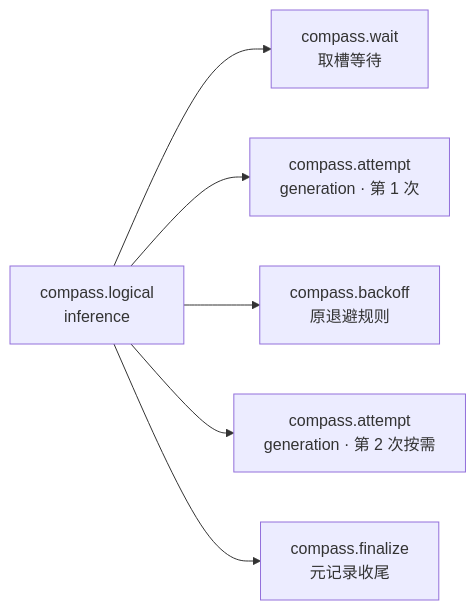
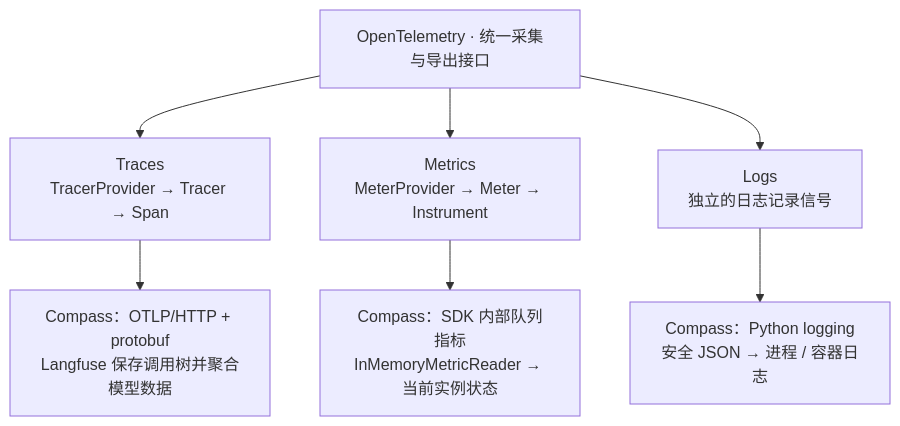
One commit to RuiLu007/compass changed the second of 5 diagrams in mai-specs/990-lesson-14-model-observability/design/document/guide.md. Above: the diagram before and after it, drawn with Mermaid. The commit also changed other lines of this file and 7 other files, not shown here.

First line of the commit message:
docs(compass): finalize L14 model observability materials

````diff
--- a/mai-specs/990-lesson-14-model-observability/design/document/guide.md
+++ b/mai-specs/990-lesson-14-model-observability/design/document/guide.md
@@ -84,8 +132,9 @@
-```mermaid 主推理逻辑阶段的子 span
-flowchart LR
-    MAIN["compass.logical<br/>inference"] --> WAIT["compass.wait<br/>取槽等待"]
-    MAIN --> A1["compass.attempt<br/>generation · 第 1 次"]
-    MAIN --> BACKOFF["compass.backoff<br/>原退避规则"]
-    MAIN --> A2["compass.attempt<br/>generation · 第 2 次按需"]
-    MAIN --> FINISH["compass.finalize<br/>元记录收尾"]
+```mermaid Traces、Metrics 与 Logs 的三条路径
+flowchart TB
+    O["OpenTelemetry · 统一采集与导出接口"] --> T["Traces<br/>TracerProvider → Tracer → Span"]
+    O --> M["Metrics<br/>MeterProvider → Meter → Instrument"]
+    O --> L["Logs<br/>独立的日志记录信号"]
+    T --> E["Compass：OTLP/HTTP + protobuf<br/>Langfuse 保存调用树并聚合模型数据"]
+    M --> C["Compass：SDK 内部队列指标<br/>InMemoryMetricReader → 当前实例状态"]
+    L --> S["Compass：Python logging<br/>安全 JSON → 进程 / 容器日志"]
 ```
````
